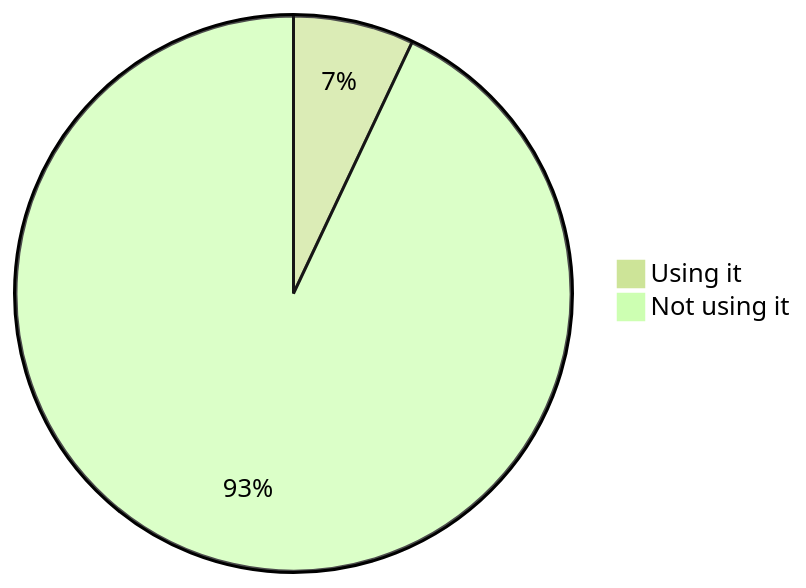
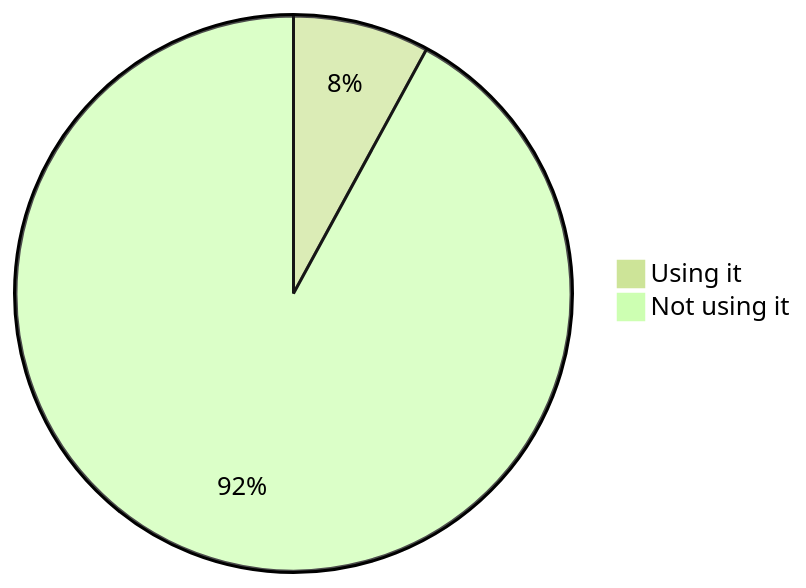
Before and after one commit to oshp/oshp-stats: diagram 11 of 22 in stats.md, drawn with Mermaid (forest theme). The commit also changed other lines of this file, not shown here.

````diff
--- a/stats.md
+++ b/stats.md
@@ -130,6 +130,6 @@
 ```mermaid
 pie
-	"Using it" : 7.02
-	"Not using it" : 92.98
+	"Using it" : 7.94
+	"Not using it" : 92.06
 
 ```
````
